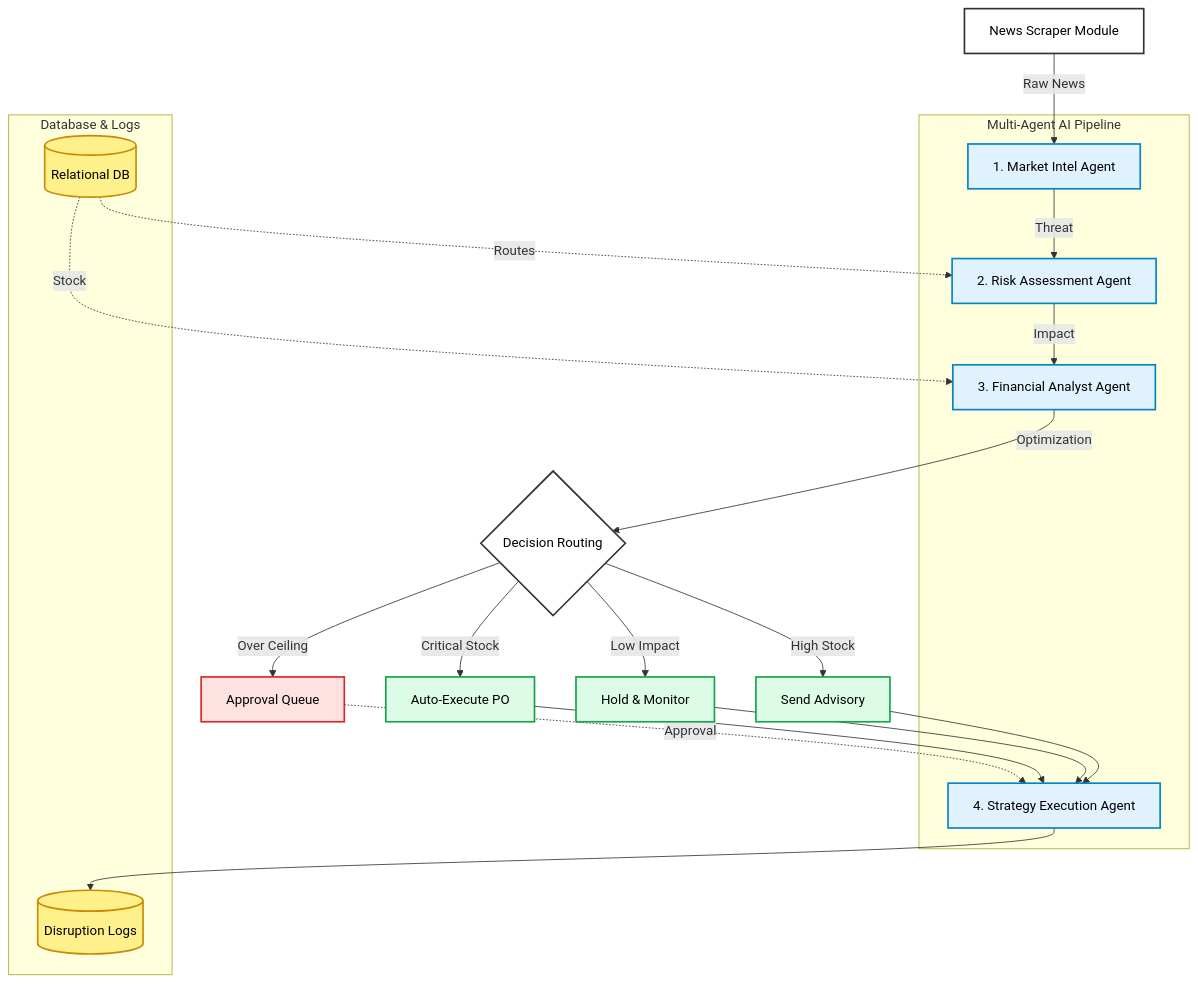
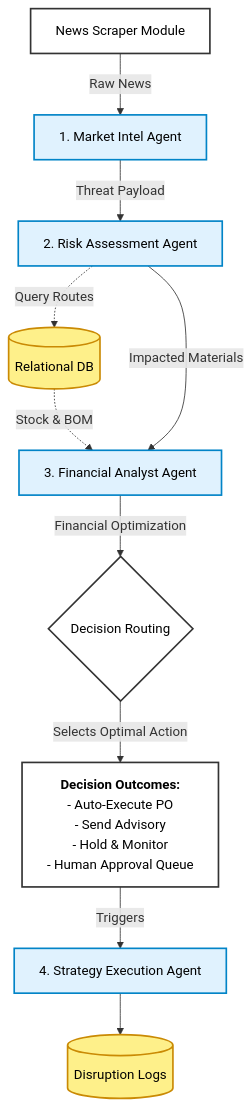
The diagram in README.md (SridhaSrinivasaraghavan/FMCG-Supply-Chain-Orchestrator), drawn with Mermaid before and after one commit.

Commit message:
Update flowchart layout to linear and vertical

````diff
--- a/README.md
+++ b/README.md
@@ -15,50 +15,34 @@
 ```mermaid
 flowchart TD
     classDef process fill:#ffffff,stroke:#333333,stroke-width:2px,color:#000000
     classDef agent fill:#e0f2fe,stroke:#0284c7,stroke-width:2px,color:#000000
     classDef db fill:#fef08a,stroke:#ca8a04,stroke-width:2px,color:#000000
-    classDef action fill:#dcfce7,stroke:#16a34a,stroke-width:2px,color:#000000
-    classDef human fill:#fee2e2,stroke:#dc2626,stroke-width:2px,color:#000000
 
     SCRAPER[News Scraper Module]:::process
+    MIA[1. Market Intel Agent]:::agent
+    RAA[2. Risk Assessment Agent]:::agent
+    DB[(Relational DB)]:::db
+    FAA[3. Financial Analyst Agent]:::agent
     
-    subgraph Pipeline [Multi-Agent AI Pipeline]
-        MIA[1. Market Intel Agent]:::agent
-        RAA[2. Risk Assessment Agent]:::agent
-        FAA[3. Financial Analyst Agent]:::agent
-        SEA[4. Strategy Execution Agent]:::agent
-    end
-
-    subgraph Data [Database & Logs]
-        DB[(Relational DB)]:::db
-        LOG[(Disruption Logs)]:::db
-    end
-
     Q{Decision Routing}:::process
     
-    AUTO_PO[Auto-Execute PO]:::action
-    ADV[Send Advisory]:::action
-    HOLD[Hold & Monitor]:::action
-    HUMAN[Approval Queue]:::human
+    ACTIONS[<b>Decision Outcomes:</b><br/>- Auto-Execute PO<br/>- Send Advisory<br/>- Hold & Monitor<br/>- Human Approval Queue]:::process
+
+    SEA[4. Strategy Execution Agent]:::agent
+    LOG[(Disruption Logs)]:::db
 
     SCRAPER -->|Raw News| MIA
+    MIA -->|Threat Payload| RAA
     
-    MIA -->|Threat| RAA
-    RAA -->|Impact| FAA
-    FAA -->|Optimization| Q
+    RAA -.->|Query Routes| DB
+    DB -.->|Stock & BOM| FAA
     
-    DB -.->|Routes| RAA
-    DB -.->|Stock| FAA
+    RAA -->|Impacted Materials| FAA
+    FAA -->|Financial Optimization| Q
     
-    Q -->|High Stock| ADV
-    Q -->|Low Impact| HOLD
-    Q -->|Critical Stock| AUTO_PO
-    Q -->|Over Ceiling| HUMAN
+    Q -->|Selects Optimal Action| ACTIONS
     
-    ADV --> SEA
-    HOLD --> SEA
-    AUTO_PO --> SEA
-    HUMAN -.->|Approval| SEA
+    ACTIONS -->|Triggers| SEA
     
     SEA --> LOG
 ```
````
